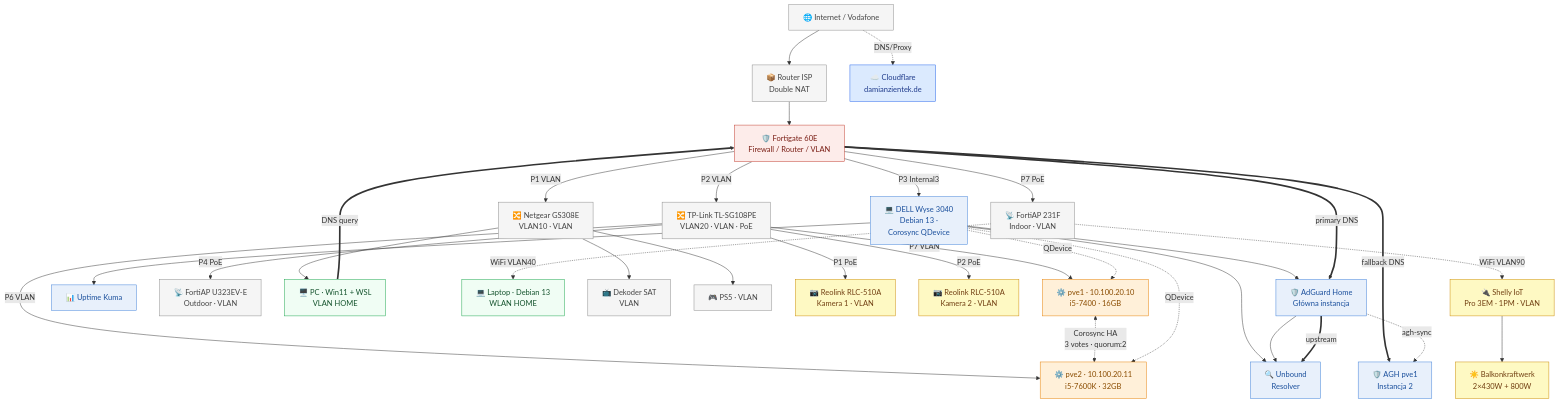
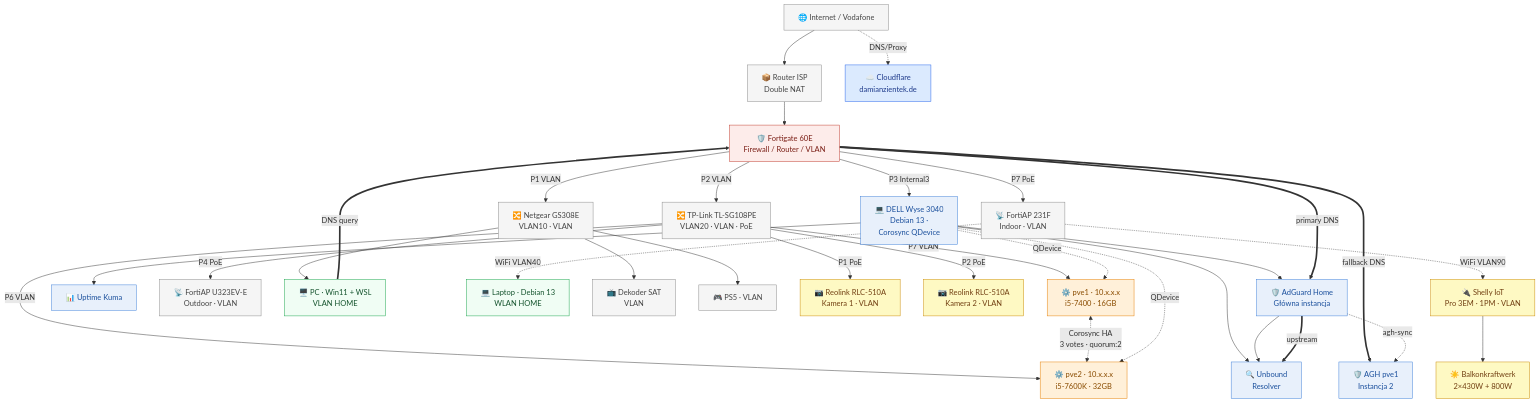
The first of 2 diagrams in networking/network-topology.md (damianztk/homelab-docs), drawn with Mermaid before and after one commit. The commit also changed 17 other files, not shown here.

````diff
--- a/networking/network-topology.md
+++ b/networking/network-topology.md
@@ -5,78 +5,78 @@
 ```mermaid
 flowchart TD
     INET["🌐 Internet / Vodafone"]
     ISP_RT["📦 Router ISP\nDouble NAT"]
     CF["☁️ Cloudflare\ndamianzientek.de"]
     INET --> ISP_RT
     INET -. "DNS/Proxy" .-> CF
 
     FGT["🛡️ Fortigate 60E\nFirewall / Router / VLAN"]
     ISP_RT --> FGT
 
     NETGEAR["🔀 Netgear GS308E\nVLAN10 · VLAN"]
     TPLINK["🔀 TP-Link TL-SG108PE\nVLAN20 · VLAN · PoE"]
     FGT -- "P1 VLAN" --> NETGEAR
     FGT -- "P2 VLAN" --> TPLINK
 
     WYSE["💻 DELL Wyse 3040\nDebian 13 · \nCorosync QDevice"]
     AGH1["🛡️ AdGuard Home\nGłówna instancja"]
     UB1["🔍 Unbound\nResolver"]
     KUMA["📊 Uptime Kuma"]
     FGT -- "P3 Internal3" --> WYSE
     WYSE --> AGH1 & UB1 & KUMA
     AGH1 --> UB1
 
     AP1["📡 FortiAP 231F\nIndoor · VLAN"]
     AP2["📡 FortiAP U323EV-E\nOutdoor · VLAN"]
     FGT -- "P7 PoE" --> AP1
     TPLINK -- "P4 PoE" --> AP2
 
     PC["🖥️ PC · Win11 + WSL\nVLAN HOME"]
     LAPTOP["💻 Laptop · Debian 13\nWLAN HOME"]
     SAT["📺 Dekoder SAT\nVLAN"]
     PS5["🎮 PS5 · VLAN"]
     NETGEAR --> PC & SAT & PS5
     AP1 -. "WiFi VLAN40" .-> LAPTOP
 
     CAM1["📷 Reolink RLC-510A\nKamera 1 · VLAN"]
     CAM2["📷 Reolink RLC-510A\nKamera 2 · VLAN"]
     SHELLY["🔌 Shelly IoT\nPro 3EM · 1PM · VLAN"]
     PV["☀️ Balkonkraftwerk\n2×430W + 800W"]
     TPLINK -- "P1 PoE" --> CAM1
     TPLINK -- "P2 PoE" --> CAM2
     AP1 -. "WiFi VLAN90" .-> SHELLY
     SHELLY --> PV
 
-    PVE1["⚙️ pve1 · 10.100.20.10\ni5-7400 · 16GB"]
-    PVE2["⚙️ pve2 · 10.100.20.11\ni5-7600K · 32GB"]
+    PVE1["⚙️ pve1 · 10.x.x.x\ni5-7400 · 16GB"]
+    PVE2["⚙️ pve2 · 10.x.x.x\ni5-7600K · 32GB"]
     TPLINK -- "P7 VLAN" --> PVE1
     TPLINK -- "P6 VLAN" --> PVE2
 
     PVE1 <-. "Corosync HA\n3 votes · quorum:2" .-> PVE2
     WYSE -. "QDevice" .-> PVE1
     WYSE -. "QDevice" .-> PVE2
 
     PC == "DNS query" ==> FGT
     FGT == "primary DNS" ==> AGH1
     AGH1 == "upstream" ==> UB1
     FGT == "fallback DNS" ==> AGH2
     AGH2["🛡️ AGH pve1\nInstancja 2"]
     AGH1 -. "agh-sync" .-> AGH2
 
     classDef firewall    fill:#fdecea,stroke:#c0392b,color:#7a1e15
     classDef server      fill:#fff0d9,stroke:#e57e00,color:#8a4c00
     classDef dns         fill:#e8f0fb,stroke:#3b7dd8,color:#1a4f9c
     classDef iot         fill:#fef9c3,stroke:#ca8a04,color:#713f12
     classDef wan         fill:#f5f5f5,stroke:#888,color:#444
     classDef cloud       fill:#dbeafe,stroke:#2563eb,color:#1e3a8a
     classDef workstation fill:#f0fdf4,stroke:#16a34a,color:#14532d
 
     class FGT firewall
     class PVE1,PVE2 server
     class WYSE,AGH1,AGH2,UB1,KUMA dns
     class CAM1,CAM2,SHELLY,PV iot
     class SAT,PS5 wan
     class INET,ISP_RT,NETGEAR,TPLINK,AP1,AP2 wan
     class CF cloud
     class PC,LAPTOP workstation
 ```
````
